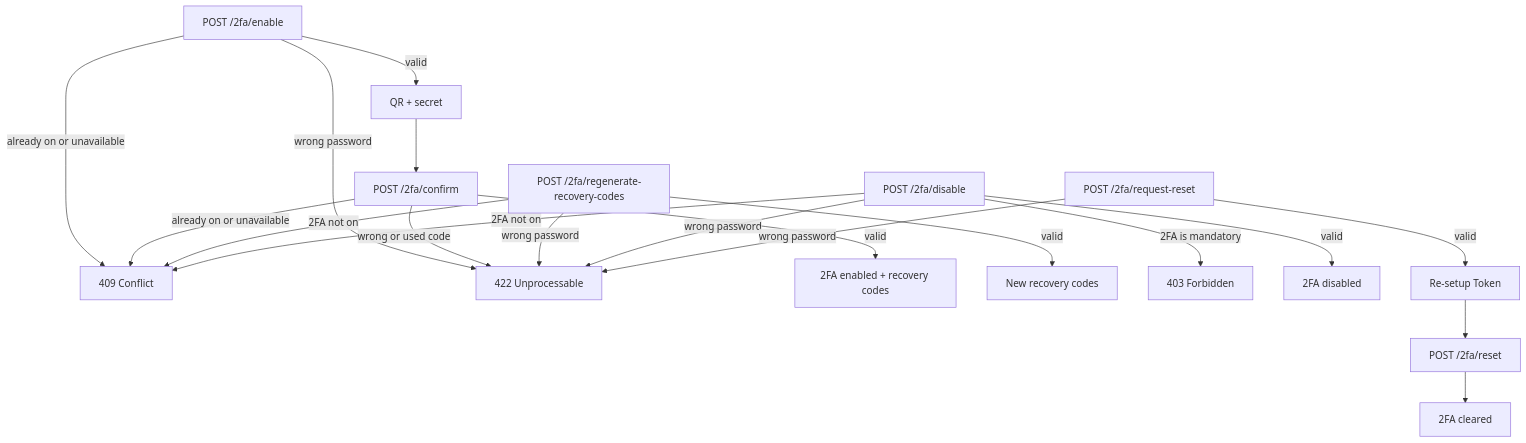
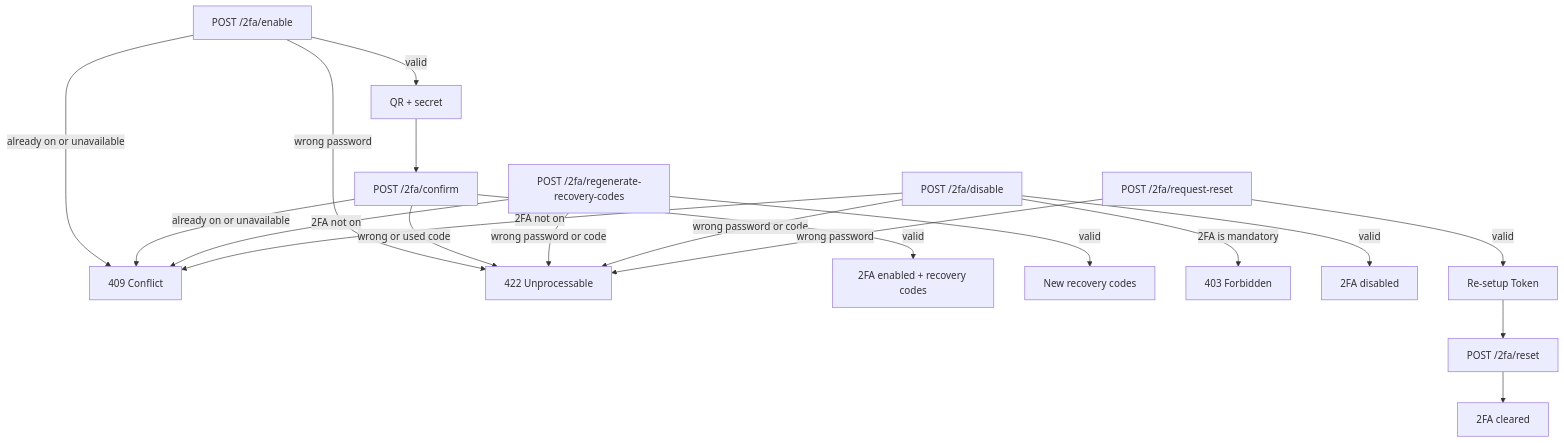
One commit to Light-it-labs/lightit-auth-laravel changed the second of 2 diagrams in docs/google-2fa.md. Above: the diagram before and after it, drawn with Mermaid. The commit also changed other lines of this file and 1 other file, not shown here.

First line of the commit message:
docs(2fa): describe the second factor on disable and regenerate

````diff
--- a/docs/google-2fa.md
+++ b/docs/google-2fa.md
@@ -316,24 +331,24 @@
 ```mermaid
 flowchart TD
     Enable[POST /2fa/enable] -- already on or unavailable --> E409[409 Conflict]
     Enable -- wrong password --> E422[422 Unprocessable]
     Enable -- valid --> Secret[QR + secret]
     Secret --> Confirm[POST /2fa/confirm]
     Confirm -- already on or unavailable --> E409
     Confirm -- wrong or used code --> E422
     Confirm -- valid --> Enabled[2FA enabled + recovery codes]
 
     Regenerate[POST /2fa/regenerate-recovery-codes] -- 2FA not on --> E409
-    Regenerate -- wrong password --> E422
+    Regenerate -- wrong password or code --> E422
     Regenerate -- valid --> NewCodes[New recovery codes]
 
     Disable[POST /2fa/disable] -- 2FA is mandatory --> E403[403 Forbidden]
     Disable -- 2FA not on --> E409
-    Disable -- wrong password --> E422
+    Disable -- wrong password or code --> E422
     Disable -- valid --> Disabled[2FA disabled]
 
     RequestReset[POST /2fa/request-reset] -- wrong password --> E422
     RequestReset -- valid --> ResetToken[Re-setup Token]
     ResetToken --> Reset[POST /2fa/reset]
     Reset --> Cleared[2FA cleared]
 ```
````
